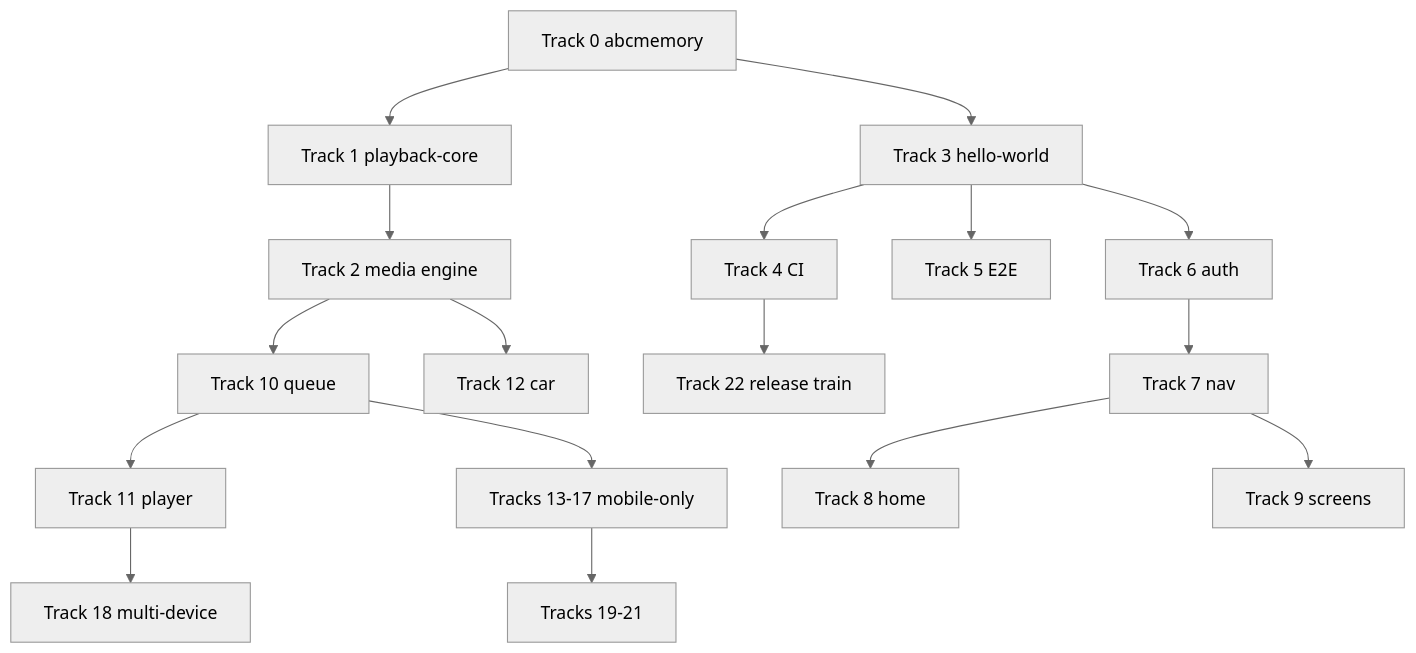
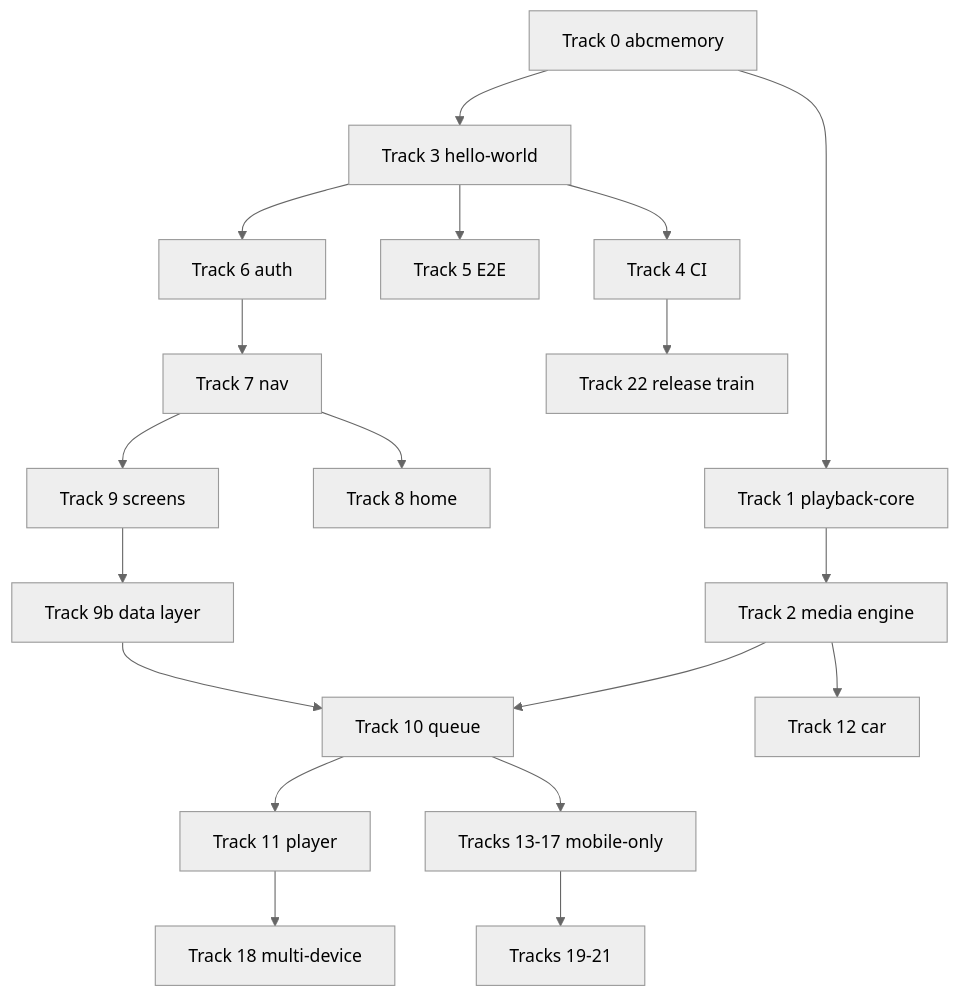
The first of 2 diagrams in docs/proposals/mobile/_master-plan_/001-MASTER-PLAN.md (podverse/podverse), drawn with Mermaid (neutral theme) before and after one commit. The commit also changed other lines of this file and 20 other files, not shown here.

First line of the commit message:
Enhance mobile data layer and repository structure

````diff
--- a/docs/proposals/mobile/_master-plan_/001-MASTER-PLAN.md
+++ b/docs/proposals/mobile/_master-plan_/001-MASTER-PLAN.md
@@ -54,19 +80,21 @@
 ```mermaid
 flowchart TB
   T0[Track 0 abcmemory] --> T1[Track 1 playback-core]
   T0 --> T3[Track 3 hello-world]
   T1 --> T2[Track 2 media engine]
   T3 --> T4[Track 4 CI]
   T3 --> T5[Track 5 E2E]
   T3 --> T6[Track 6 auth]
   T6 --> T7[Track 7 nav]
   T7 --> T8[Track 8 home]
   T7 --> T9[Track 9 screens]
-  T2 --> T10[Track 10 queue]
+  T9 --> T9b[Track 9b data layer]
+  T9b --> T10[Track 10 queue]
+  T2 --> T10
   T10 --> T11[Track 11 player]
   T2 --> T12[Track 12 car]
   T10 --> T13[Tracks 13-17 mobile-only]
   T11 --> T18[Track 18 multi-device]
   T13 --> T19[Tracks 19-21]
   T4 --> T22[Track 22 release train]
 ```
````
